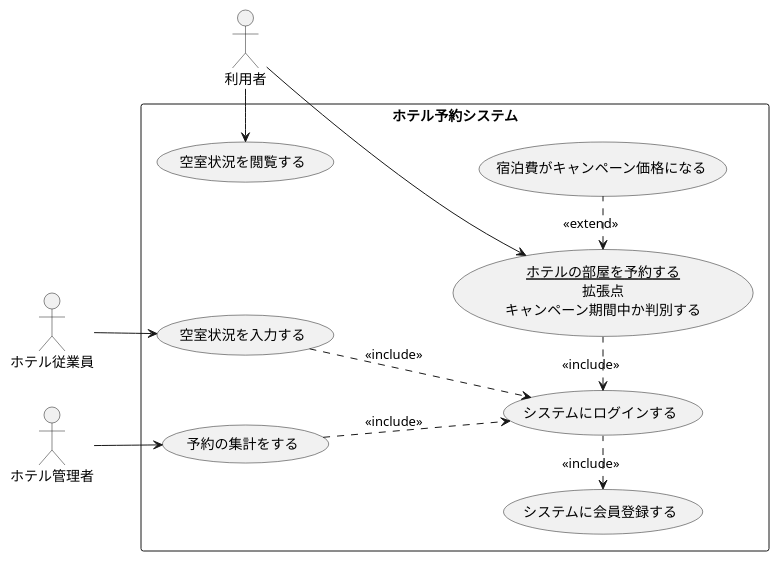
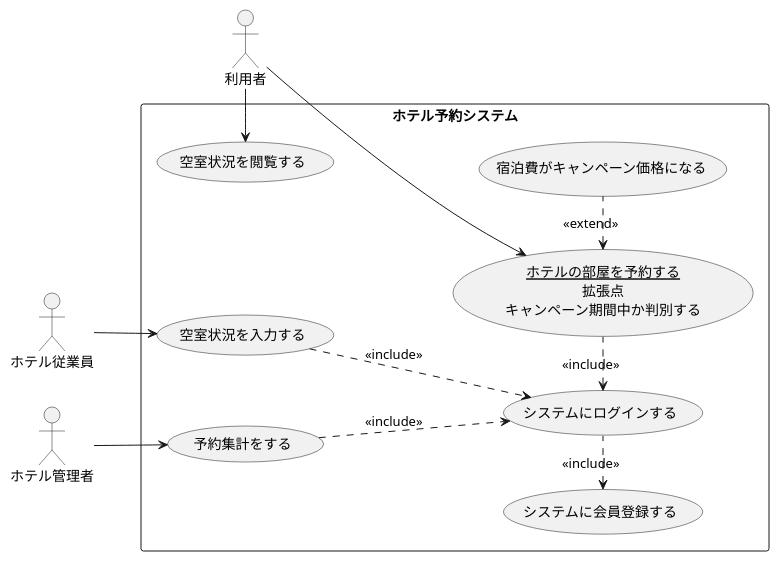
The diagram in 演習/演習2-8_UC_ホテル予約システム.pu (minowa-s/uml-intro), drawn with PlantUML before and after one commit.

Commit message:
変更

```diff
--- a/演習/演習2-8_UC_ホテル予約システム.pu
+++ b/演習/演習2-8_UC_ホテル予約システム.pu
@@ -1,24 +1,24 @@
 @startuml ホテル予約システム
 left to right direction
 actor 利用者
 actor ホテル従業員
 actor ホテル管理者
 rectangle ホテル予約システム{
 usecase 空室状況を閲覧する
 usecase 空室状況を入力する
-usecase 予約の集計をする
+usecase 予約集計をする
 usecase システムにログインする
 usecase システムに会員登録する
 usecase (<u>ホテルの部屋を予約する</u>\n拡張点\nキャンペーン期間中か判別する) as input
 usecase 宿泊費がキャンペーン価格になる
 }
 利用者 -right-> 空室状況を閲覧する
 input <. 宿泊費がキャンペーン価格になる : <<extend>>
 システムにログインする <. input : << include >>
 input <- 利用者
 システムに会員登録する <. システムにログインする : <<include>>
 ホテル従業員 --> 空室状況を入力する
-ホテル管理者 --> 予約の集計をする
+ホテル管理者 --> 予約集計をする
 空室状況を入力する ..> システムにログインする : <<include>>
-予約の集計をする ..> システムにログインする : <<include>>
+予約集計をする ..> システムにログインする : <<include>>
 @enduml
```
